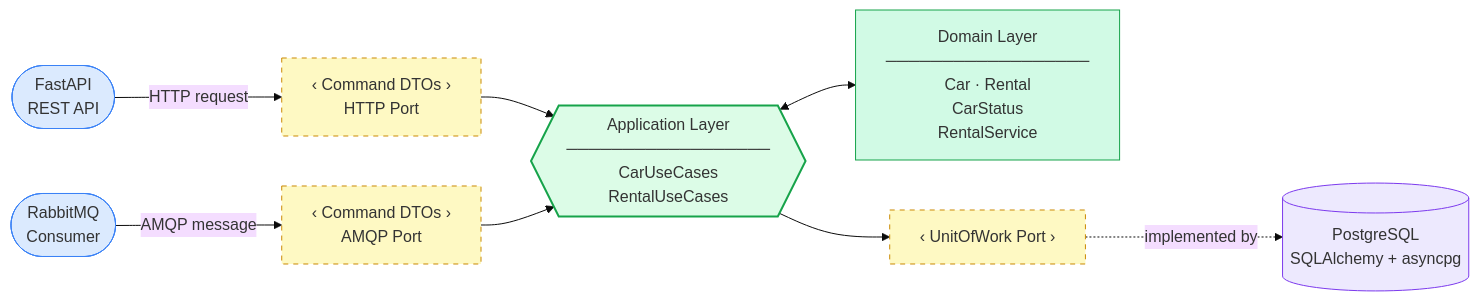
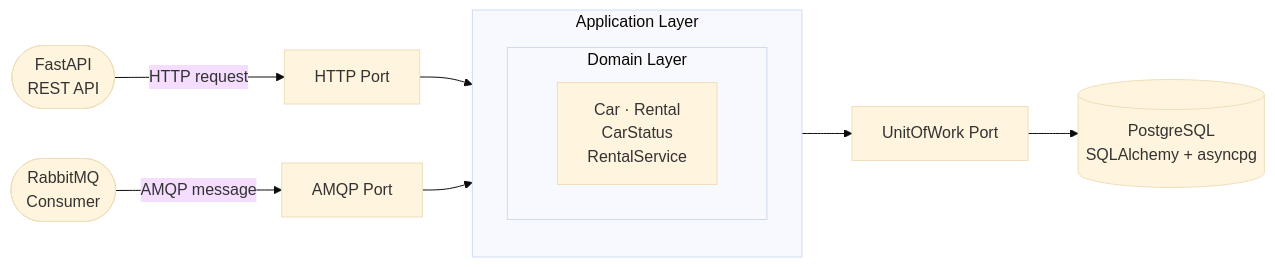
Before and after one commit to roeybenarieh/drivenow: the first of 2 diagrams in DEVELOPER.md, drawn with Mermaid (base theme).

Commit message:
feat(docs): better Hexagonal Architecture diagram

````diff
--- a/DEVELOPER.md
+++ b/DEVELOPER.md
@@ -51,25 +51,19 @@
 ```mermaid
 flowchart LR
     FA(["FastAPI\nREST API"])
     MQ(["RabbitMQ\nConsumer"])
-    CMD_HTTP["‹ Command DTOs ›\nHTTP Port"]
-    CMD_AMQP["‹ Command DTOs ›\nAMQP Port"]
-    UC{{"Application Layer\n──────────────────\nCarUseCases\nRentalUseCases"}}
-    DM["Domain Layer\n──────────────────\nCar · Rental\nCarStatus\nRentalService"]
-    UOW["‹ UnitOfWork Port ›"]
+    CMD_HTTP["HTTP Port"]
+    CMD_AMQP["AMQP Port"]
+    subgraph AppLayer["Application Layer"]
+        subgraph DomainLayer["Domain Layer"]
+            DM["Car · Rental\nCarStatus\nRentalService"]
+        end
+    end
+    UOW["UnitOfWork Port"]
     PG[("PostgreSQL\nSQLAlchemy + asyncpg")]
     FA -- " HTTP request " --> CMD_HTTP
     MQ -- " AMQP message " --> CMD_AMQP
-    CMD_HTTP & CMD_AMQP --> UC
-    UC <--> DM
-    UC --> UOW
-    UOW -. " implemented by " .-> PG
-    style FA fill: #dbeafe, stroke: #3b82f6
-    style MQ fill: #dbeafe, stroke: #3b82f6
-    style CMD_HTTP fill: #fef9c3, stroke: #ca8a04, stroke-dasharray: 5
-    style CMD_AMQP fill: #fef9c3, stroke: #ca8a04, stroke-dasharray: 5
-    style UC fill: #dcfce7, stroke: #16a34a, stroke-width: 2
-    style DM fill: #d1fae5, stroke: #16a34a
-    style UOW fill: #fef9c3, stroke: #ca8a04, stroke-dasharray: 5
-    style PG fill: #ede9fe, stroke: #7c3aed
+    CMD_HTTP & CMD_AMQP --> AppLayer
+    AppLayer --> UOW
+    UOW --> PG
 ```
````
